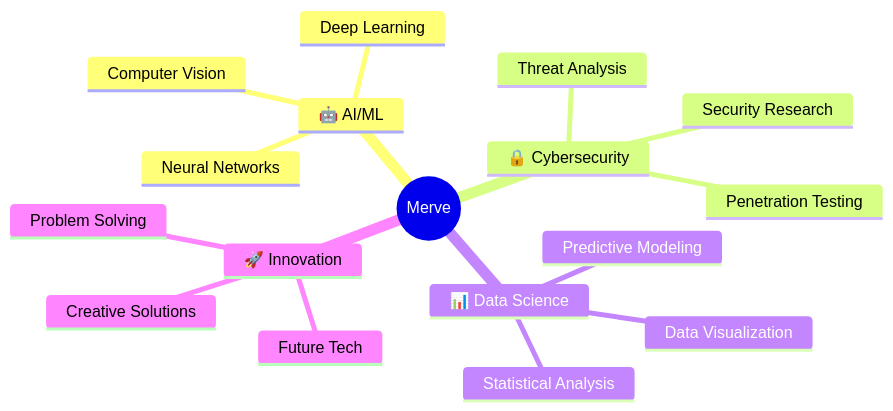
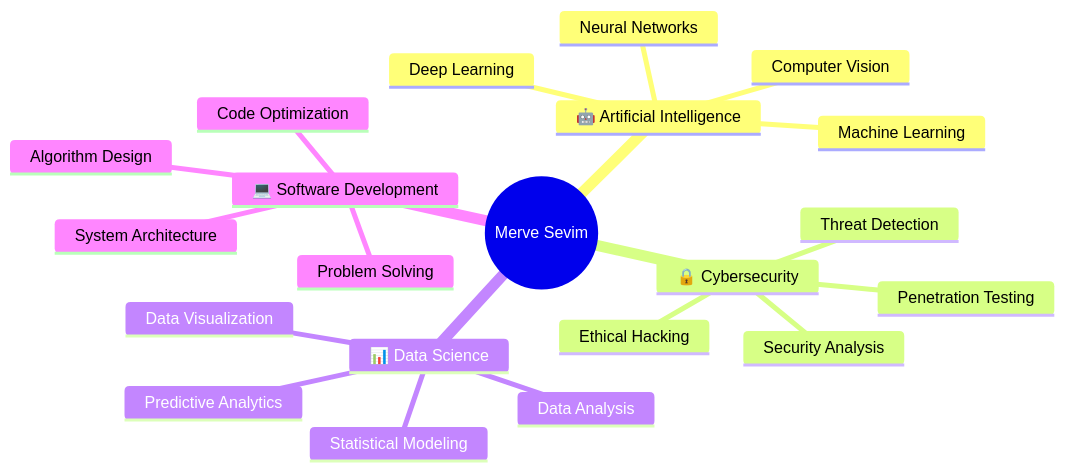
One commit to MerveSevim44/MerveSevim44 changed the diagram in README.md. Above: the diagram before and after it, drawn with Mermaid. The commit also changed other lines of this file, not shown here.

````diff
--- a/README.md
+++ b/README.md
@@ -91,20 +142,24 @@
 ```mermaid
 mindmap
-  root((Merve))
-    🤖 AI/ML
+  root((Merve Sevim))
+    🤖 Artificial Intelligence
+      Machine Learning
       Deep Learning
       Computer Vision
       Neural Networks
     🔒 Cybersecurity
+      Ethical Hacking
       Penetration Testing
-      Threat Analysis
-      Security Research
+      Security Analysis
+      Threat Detection
     📊 Data Science
-      Statistical Analysis
+      Data Analysis
+      Statistical Modeling
       Data Visualization
-      Predictive Modeling
-    🚀 Innovation
+      Predictive Analytics
+    💻 Software Development
+      Algorithm Design
       Problem Solving
-      Creative Solutions
-      Future Tech
+      Code Optimization
+      System Architecture
 ```
````
